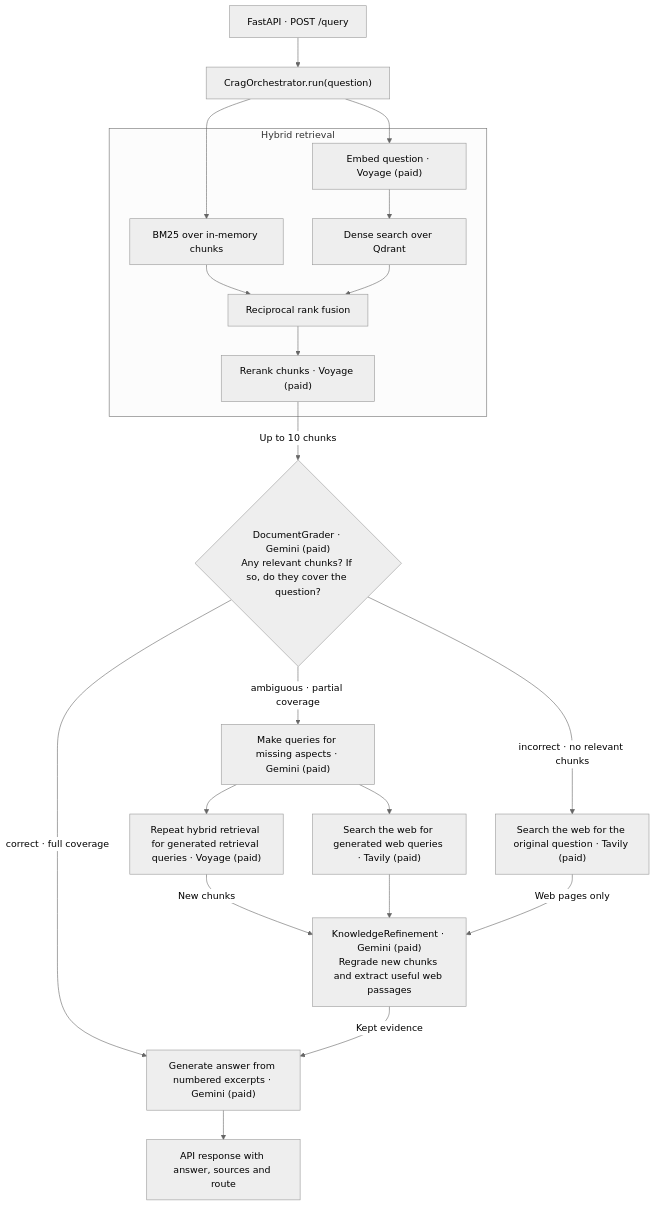
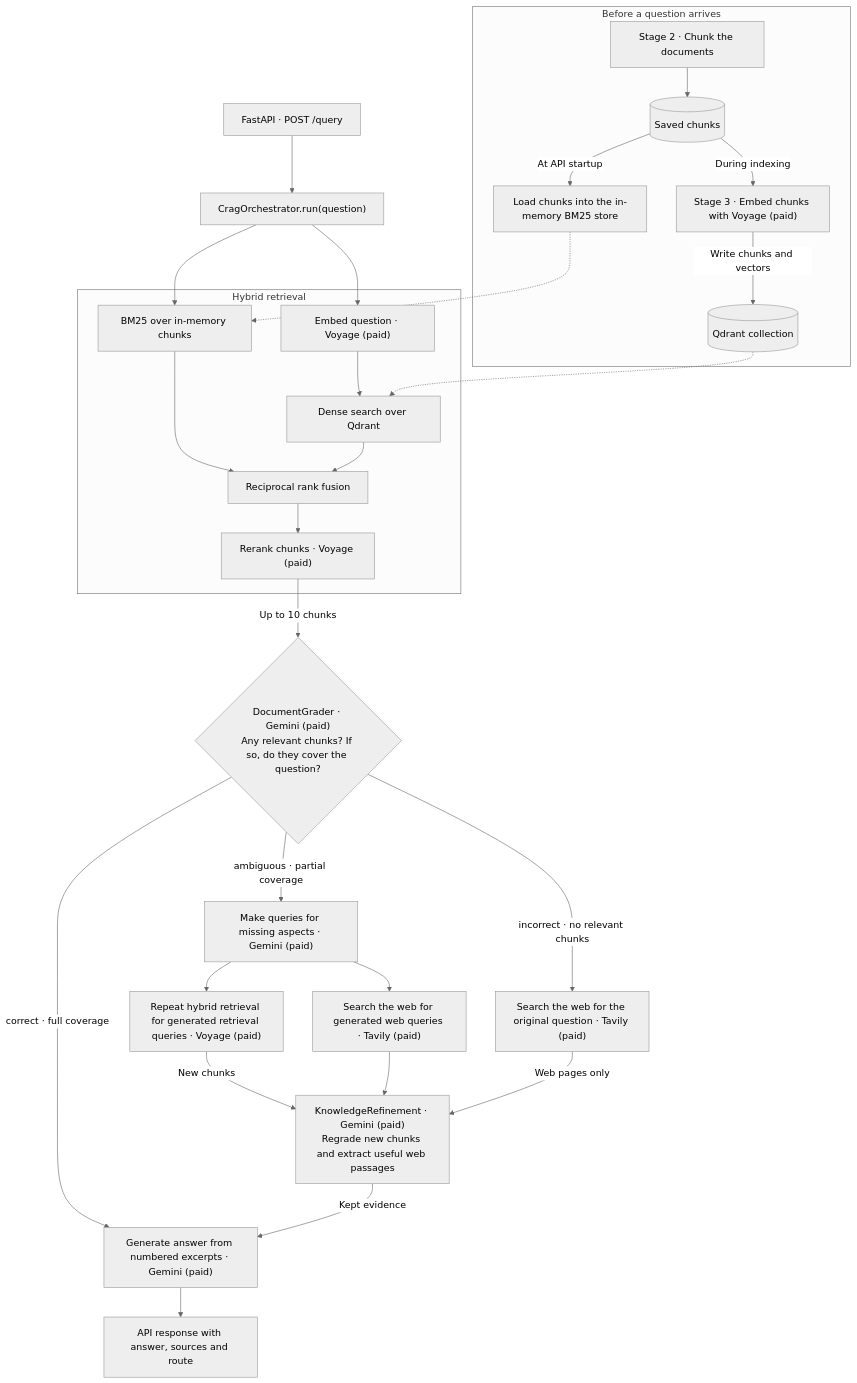
One commit to akhilravichandran11/adaptive-rag-for-fastapi-docs changed the diagram in docs/architecture.md. Above: the diagram before and after it, drawn with Mermaid (neutral theme).

Commit message:
docs(docs): show how saved chunks feed hybrid retrieval

````diff
--- a/docs/architecture.md
+++ b/docs/architecture.md
@@ -3,27 +3,36 @@
 ```mermaid
 flowchart TD
+    subgraph prep["Before a question arrives"]
+        chunk["Stage 2 · Chunk the documents"] --> saved[("Saved chunks")]
+        saved -->|At API startup| memory["Load chunks into the in-memory BM25 store"]
+        saved -->|During indexing| index["Stage 3 · Embed chunks with Voyage (paid)"]
+        index -->|Write chunks and vectors| qdrant[("Qdrant collection")]
+    end
+
     api["FastAPI · POST /query"] --> crag["CragOrchestrator.run(question)"]
 
     subgraph hybrid["Hybrid retrieval"]
         bm25["BM25 over in-memory chunks"] --> fuse["Reciprocal rank fusion"]
         embed["Embed question · Voyage (paid)"] --> dense["Dense search over Qdrant"]
         dense --> fuse
         fuse --> rank["Rerank chunks · Voyage (paid)"]
     end
 
+    memory -.-> bm25
+    qdrant -.-> dense
     crag --> bm25
     crag --> embed
     rank -->|Up to 10 chunks| grade{"DocumentGrader · Gemini (paid)<br/>Any relevant chunks? If so, do they cover the question?"}
 
     grade -->|correct · full coverage| gen["Generate answer from numbered excerpts · Gemini (paid)"]
     grade -->|ambiguous · partial coverage| decompose["Make queries for missing aspects · Gemini (paid)"]
     grade -->|incorrect · no relevant chunks| web["Search the web for the original question · Tavily (paid)"]
 
     decompose --> retry["Repeat hybrid retrieval for generated retrieval queries · Voyage (paid)"]
     decompose --> gaps["Search the web for generated web queries · Tavily (paid)"]
     retry -->|New chunks| refine["KnowledgeRefinement · Gemini (paid)<br/>Regrade new chunks and extract useful web passages"]
     gaps --> refine
     web -->|Web pages only| refine
     refine -->|Kept evidence| gen
     gen --> response["API response with answer, sources and route"]
 ```
````
